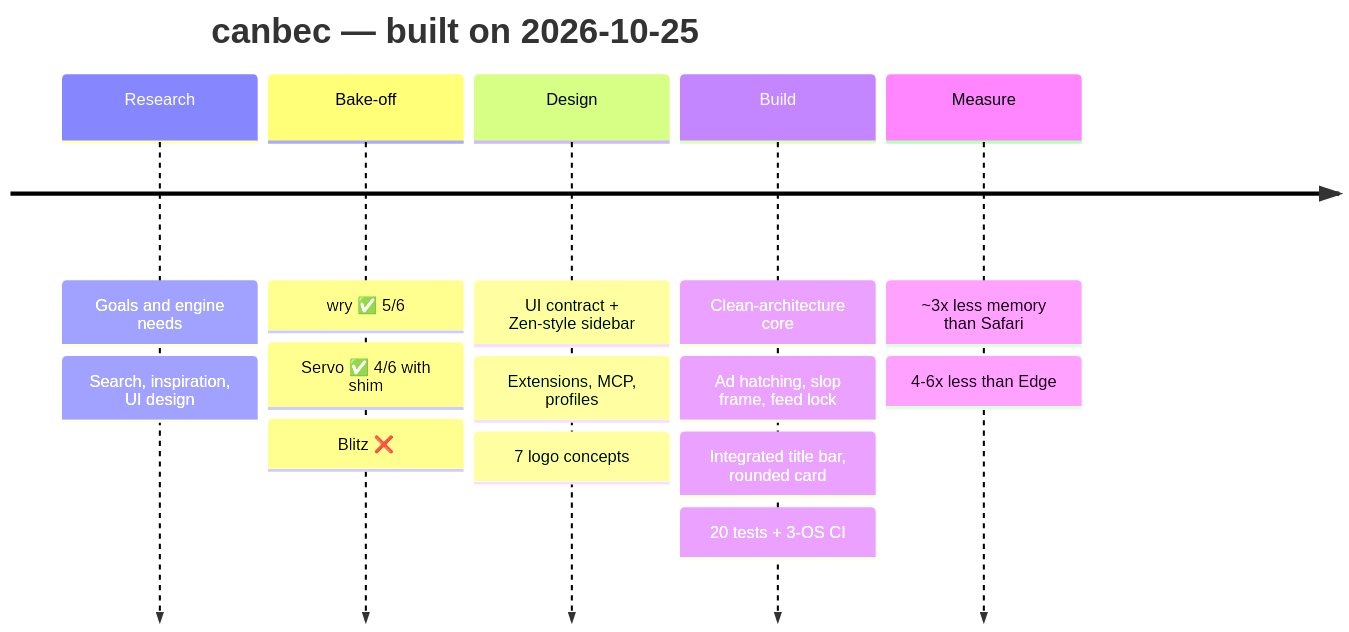
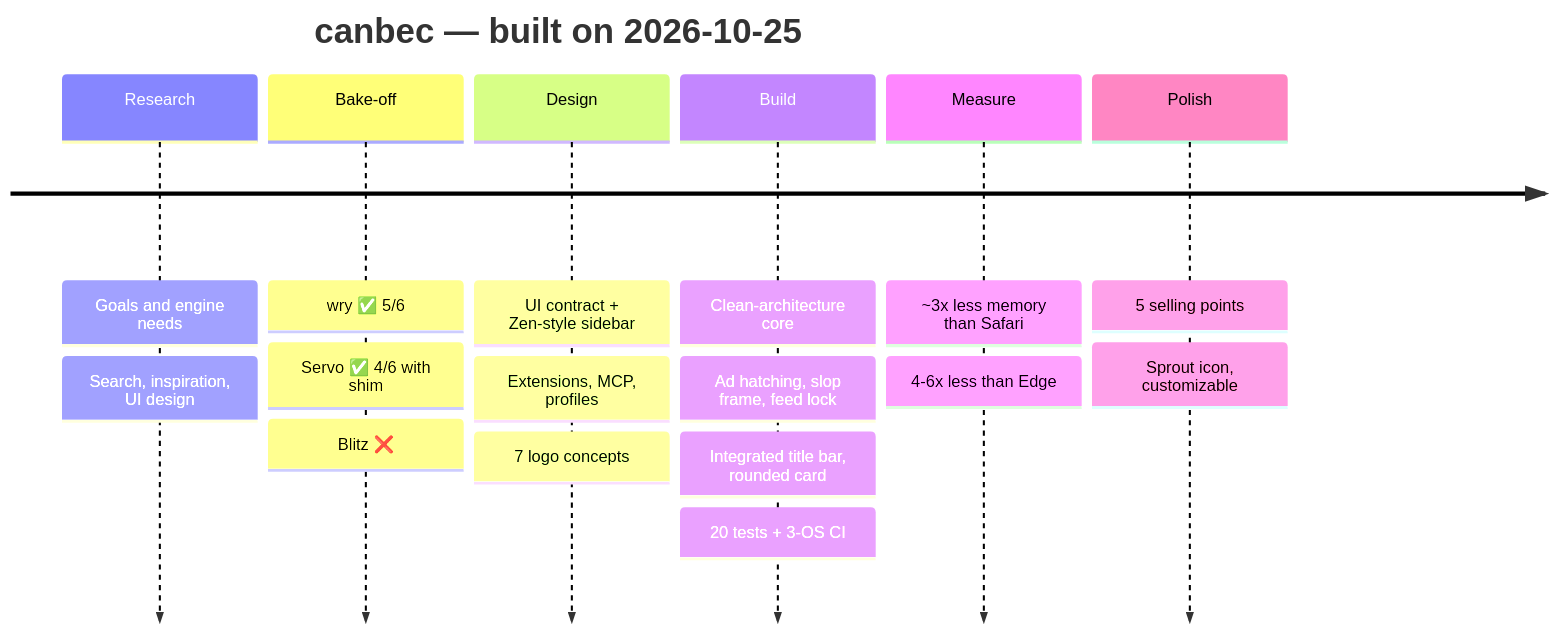
Before and after one commit to Cod3rs-org/canbec: the diagram in README.md, drawn with Mermaid. The commit also changed other lines of this file and 18 other files, not shown here.

First line of the commit message:
feat: sprout as default icon, user-selectable app icon (7 built-ins or own PNG); README: 5 reasons to switch

````diff
--- a/README.md
+++ b/README.md
@@ -48,18 +59,20 @@
 ```mermaid
 timeline
     title canbec — built on 2026-10-25
     Research : Goals and engine needs
              : Search, inspiration, UI design
     Bake-off : wry ✅ 5/6
              : Servo ✅ 4/6 with shim
              : Blitz ❌
     Design   : UI contract + Zen-style sidebar
              : Extensions, MCP, profiles
              : 7 logo concepts
     Build    : Clean-architecture core
              : Ad hatching, slop frame, feed lock
              : Integrated title bar, rounded card
              : 20 tests + 3-OS CI
     Measure  : ~3x less memory than Safari
              : 4-6x less than Edge
+    Polish   : 5 selling points
+             : Sprout icon, customizable
 ```
````
